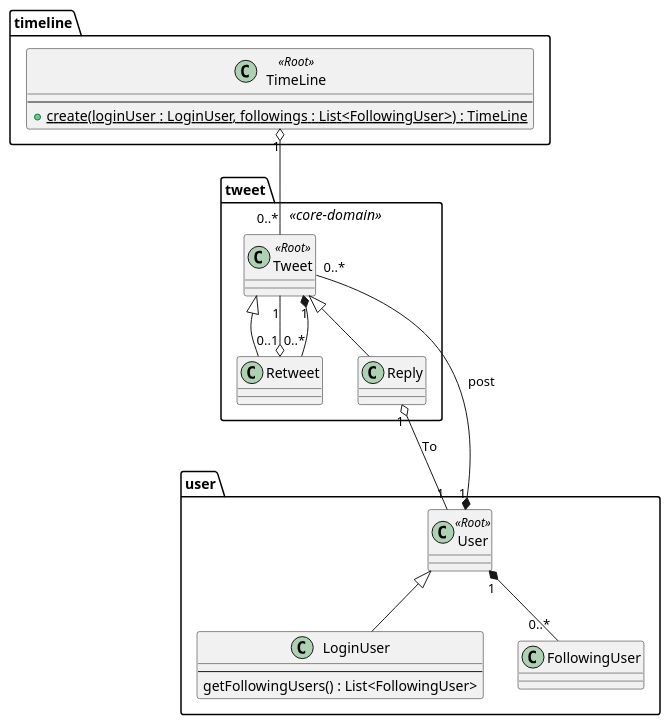
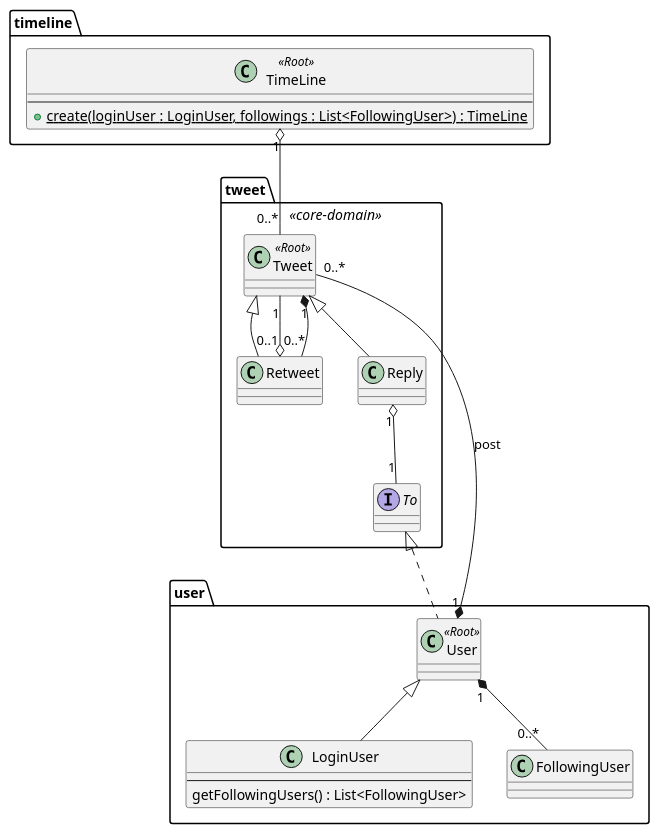
Before and after one commit to m-doi/dddprac-twitter: the diagram in domain_model.puml, drawn with PlantUML.

Commit message:
コアドメインからの依存を排除
コアドメインは周りを取り囲むエンティティの変更に影響を受けるべきではない。
抽象的な概念を挟むことで依存関係を逆転させた

```diff
--- a/domain_model.puml
+++ b/domain_model.puml
@@ -1,41 +1,46 @@
 @startuml
 
 package tweet <<core-domain>> {
     class Tweet  <<Root>>
     class Retweet
     class Reply
+    interface To
+
+    Tweet <|-- Retweet
+    Tweet <|-- Reply
+    Retweet "0..1" o-- "1" Tweet
+    Tweet "1" *-- "0..*" Retweet
+
+    Reply "1" o-- "1" To
 }
 
-Tweet <|-- Retweet
-Tweet <|-- Reply
-Retweet "0..1" o-- "1" Tweet
-Tweet "1" *-- "0..*" Retweet
+
 
 package user {
     class User <<Root>>
     class LoginUser {
         --
         getFollowingUsers() : List<FollowingUser>
     }
 
     User <|-- LoginUser
 
     class FollowingUser
     User "1" *-- "0..*" FollowingUser
 }
 
 User "1" *-- "0..*" Tweet : post
-Reply "1" o-- "1" User : To
+To <|.. User
 
 package timeline {
     class TimeLine <<Root>> {
         --
         + {static} create(loginUser : LoginUser, followings : List<FollowingUser>) : TimeLine
     }
 }
 
 TimeLine "1" o-- "0..*" Tweet
 
 
 
 @enduml
```
